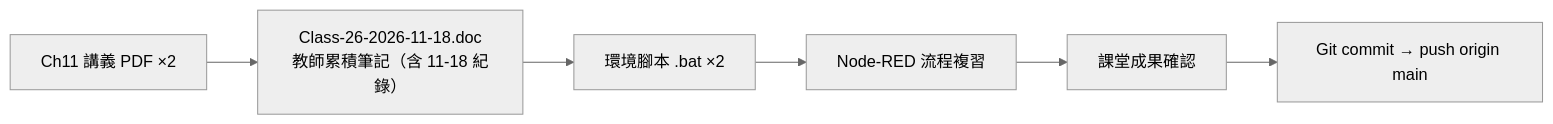
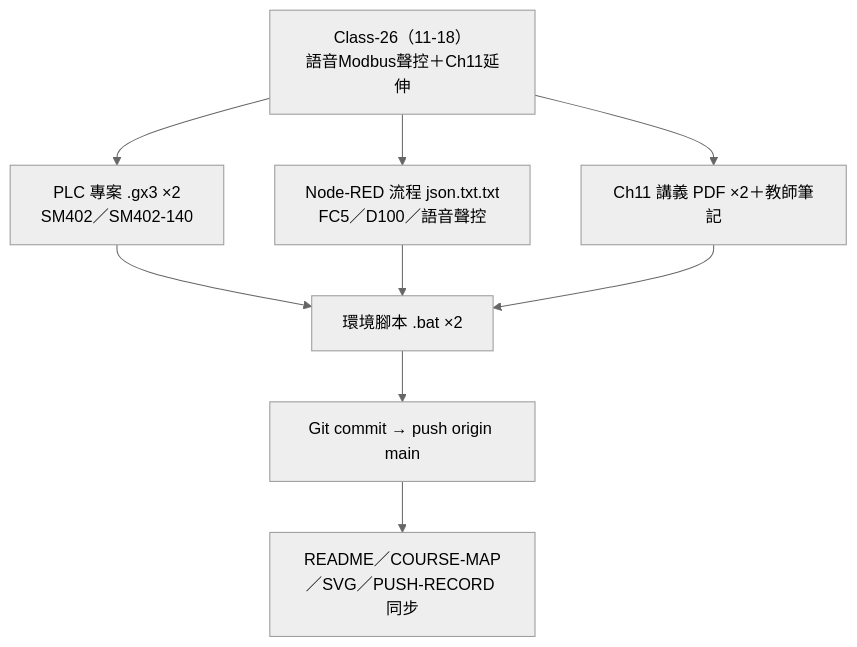
One commit to yd7148/INDUSTRY-4.0 changed the second of 2 diagrams in Class-26-2026-11-18/README.md. Above: the diagram before and after it, drawn with Mermaid (neutral theme). The commit also changed other lines of this file and 5 other files, not shown here.

Commit message:
Add Class-26 Modbus TCP voice control flow and PLC projects

````diff
--- a/Class-26-2026-11-18/README.md
+++ b/Class-26-2026-11-18/README.md
@@ -46,8 +44,11 @@
 ```mermaid
-flowchart LR
-    A["Ch11 講義 PDF ×2"] --> B["Class-26-2026-11-18.doc<br/>教師累積筆記（含 11-18 紀錄）"]
-    B --> C["環境腳本 .bat ×2"]
-    C --> D["Node-RED 流程複習"]
-    D --> E["課堂成果確認"]
+flowchart TB
+    A["Class-26（11-18）<br/>語音Modbus聲控＋Ch11延伸"] --> B["PLC 專案 .gx3 ×2<br/>SM402／SM402-140"]
+    A --> C["Node-RED 流程 json.txt.txt<br/>FC5／D100／語音聲控"]
+    A --> D["Ch11 講義 PDF ×2＋教師筆記"]
+    B --> E["環境腳本 .bat ×2"]
+    C --> E
+    D --> E
     E --> F["Git commit → push origin main"]
+    F --> G["README／COURSE-MAP／SVG／PUSH-RECORD 同步"]
 ```
````
